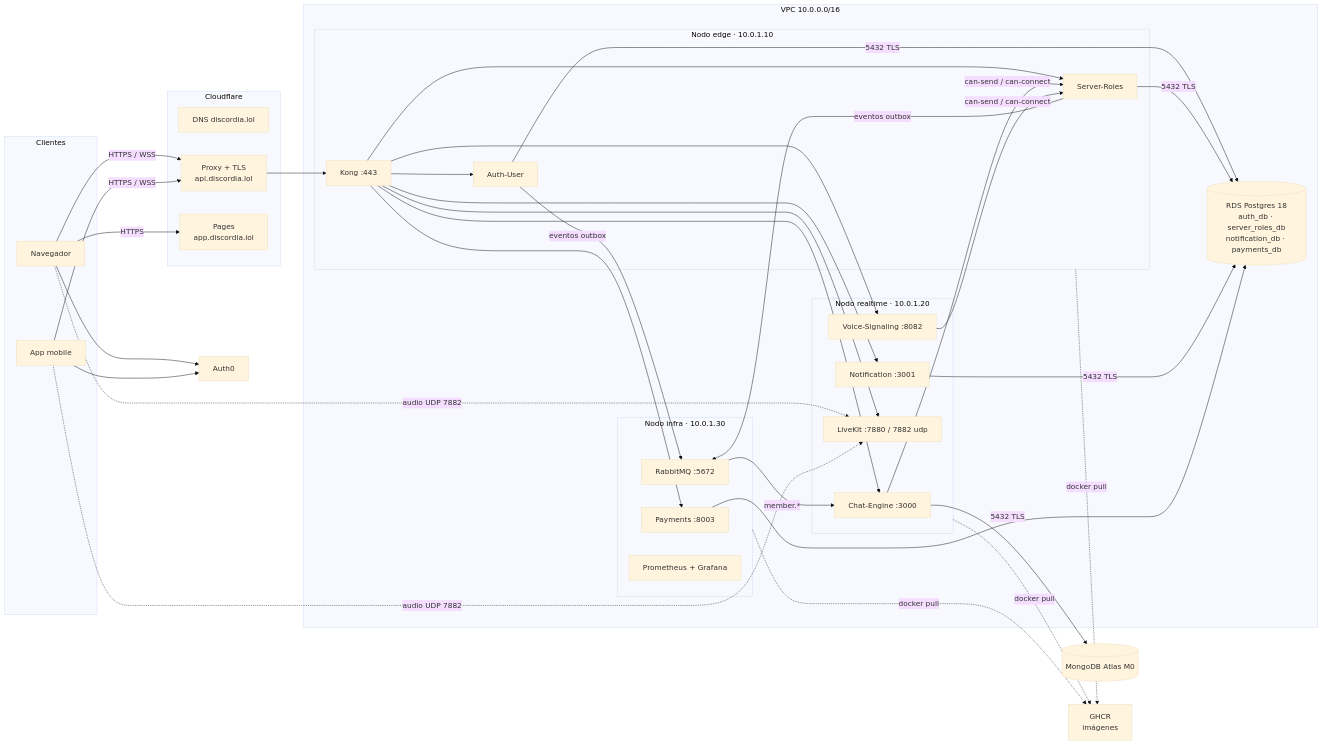
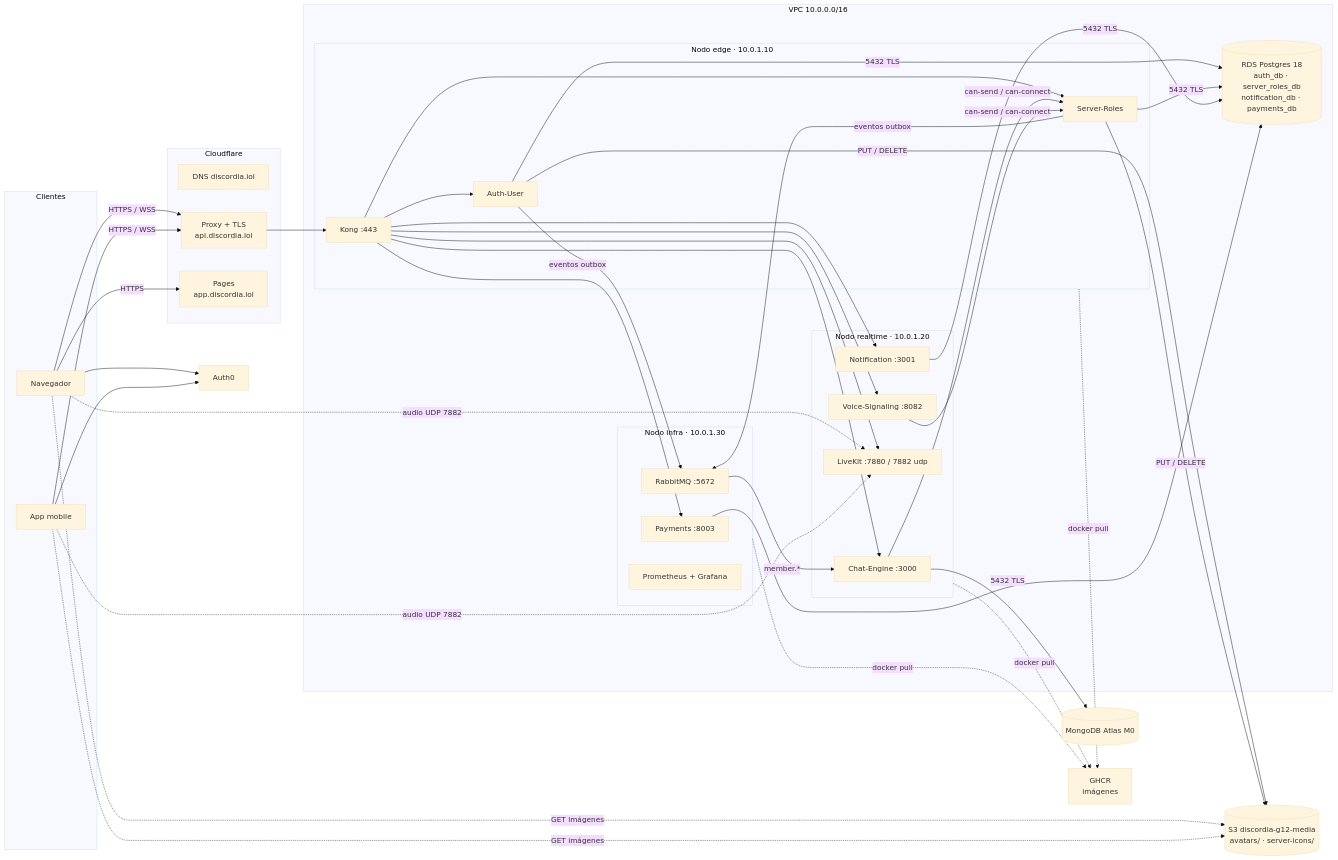
One commit to discordia-g12/discordia-orchestrator changed the first of 6 diagrams in docs/ARQUITECTURA.md. Above: the diagram before and after it, drawn with Mermaid (base theme). The commit also changed other lines of this file and 1 other file, not shown here.

````diff
--- a/docs/ARQUITECTURA.md
+++ b/docs/ARQUITECTURA.md
@@ -49,54 +48,57 @@
 ```mermaid
 flowchart LR
     subgraph Clientes
         WEB[Navegador]
         APK[App mobile]
     end
 
     subgraph CF[Cloudflare]
         DNS[DNS discordia.lol]
         PROXY[Proxy + TLS<br/>api.discordia.lol]
         PAGES[Pages<br/>app.discordia.lol]
     end
 
     subgraph VPC[VPC 10.0.0.0/16]
         subgraph EDGE[Nodo edge · 10.0.1.10]
             KONG[Kong :443]
             AUTH[Auth-User]
             SR[Server-Roles]
         end
 
         subgraph RT[Nodo realtime · 10.0.1.20]
             CHAT[Chat-Engine :3000]
             VOICE[Voice-Signaling :8082]
             LK[LiveKit :7880 / 7882 udp]
             NOTIF[Notification :3001]
         end
 
         subgraph INF[Nodo infra · 10.0.1.30]
             RMQ[RabbitMQ :5672]
             PAY[Payments :8003]
             PROM[Prometheus + Grafana]
         end
 
         RDS[(RDS Postgres 18<br/>auth_db · server_roles_db<br/>notification_db · payments_db)]
     end
 
     ATLAS[(MongoDB Atlas M0)]
+    S3[(S3 discordia-g12-media<br/>avatars/ · server-icons/)]
     AUTH0[Auth0]
     GHCR[GHCR<br/>imágenes]
 
     WEB -->|HTTPS| PAGES
+    WEB & APK -.->|GET imágenes| S3
+    AUTH & SR -->|PUT / DELETE| S3
     WEB & APK -->|HTTPS / WSS| PROXY --> KONG
     WEB & APK -.->|audio UDP 7882| LK
     KONG --> AUTH & SR
     KONG --> CHAT & VOICE & NOTIF & LK
     KONG --> PAY
     AUTH & SR & NOTIF & PAY -->|5432 TLS| RDS
     CHAT --> ATLAS
     AUTH & SR -->|eventos outbox| RMQ
     RMQ -->|member.*| CHAT
     CHAT & VOICE -->|can-send / can-connect| SR
     WEB & APK --> AUTH0
     EDGE & RT & INF -.->|docker pull| GHCR
 ```
````
